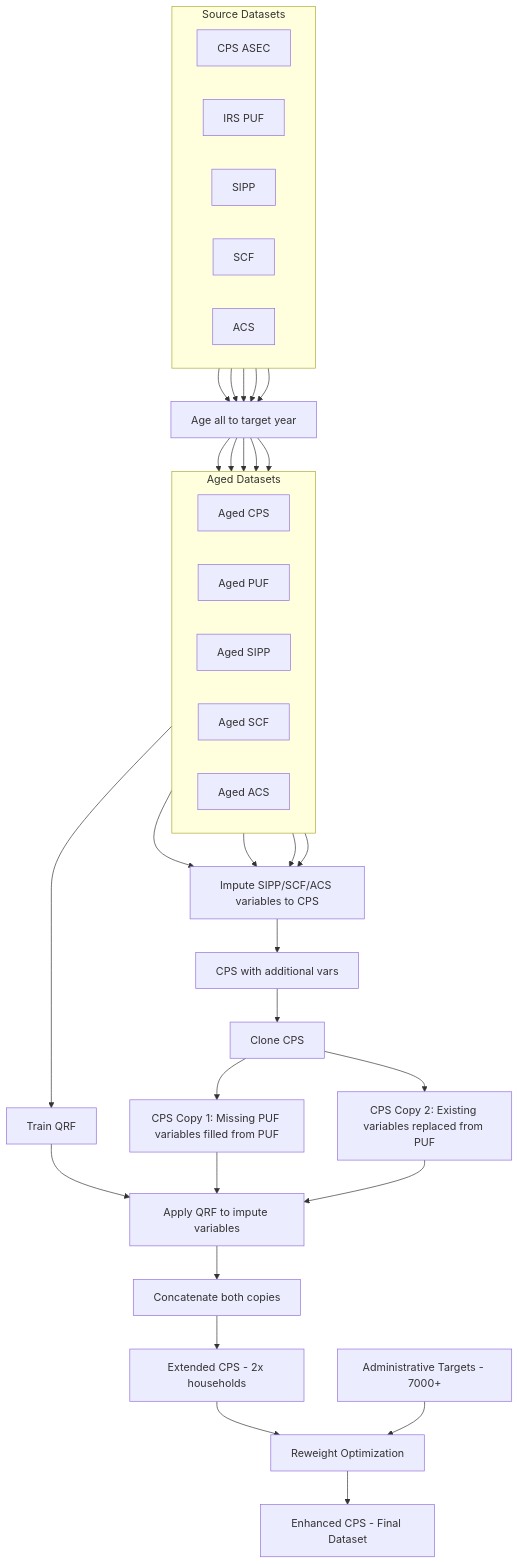
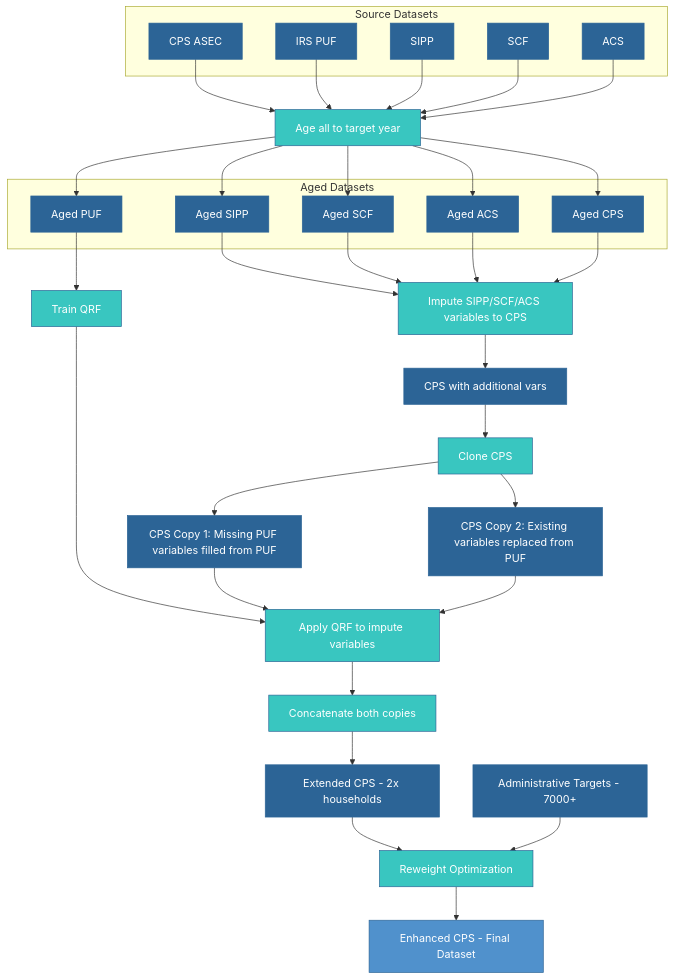
One commit to PolicyEngine/policyengine-us-data changed the diagram in docs/methodology.md. Above: the diagram before and after it, drawn with Mermaid. The commit also changed 1 other file, not shown here.

Commit message:
Add PolicyEngine branding with colors and Roboto font to documentation
- Import Roboto font for body text and Roboto Mono for code
- Define PolicyEngine color palette as CSS variables
- Apply PolicyEngine colors to Mermaid diagram nodes:
  - Data nodes: Dark blue (#2C6496)
  - Process nodes: Teal (#39C6C0)
  - Output node: Light blue (#5091CC)
- Style subgraphs with light gray background
- Ensure all text is readable with appropriate contrast

````diff
--- a/docs/methodology.md
+++ b/docs/methodology.md
@@ -5,78 +5,80 @@
 ```mermaid
-flowchart TD
+graph TD
     subgraph src["Source Datasets"]
-        direction LR
-        CPS["CPS ASEC"]
-        PUF["IRS PUF"]
-        SIPP["SIPP"]
-        SCF["SCF"]
-        ACS["ACS"]
+        CPS["CPS ASEC"]:::data
+        PUF["IRS PUF"]:::data
+        SIPP["SIPP"]:::data
+        SCF["SCF"]:::data
+        ACS["ACS"]:::data
     end
     
-    Age["Age all to target year"]
+    Age["Age all to target year"]:::process
     
     subgraph aged["Aged Datasets"]
-        direction LR
-        AgedCPS["Aged CPS"]
-        AgedPUF["Aged PUF"]
-        AgedSIPP["Aged SIPP"]
-        AgedSCF["Aged SCF"]
-        AgedACS["Aged ACS"]
+        AgedCPS["Aged CPS"]:::data
+        AgedPUF["Aged PUF"]:::data
+        AgedSIPP["Aged SIPP"]:::data
+        AgedSCF["Aged SCF"]:::data
+        AgedACS["Aged ACS"]:::data
     end
     
-    ImpOther["Impute SIPP/SCF/ACS variables to CPS"]
-    UpdatedCPS["CPS with additional vars"]
+    ImpOther["Impute SIPP/SCF/ACS variables to CPS"]:::process
+    UpdatedCPS["CPS with additional vars"]:::data
     
-    Clone["Clone CPS"]
-    QRF["Train QRF"]
+    Clone["Clone CPS"]:::process
+    QRF["Train QRF"]:::process
     
-    Copy1["CPS Copy 1: Missing PUF variables filled from PUF"]
-    Copy2["CPS Copy 2: Existing variables replaced from PUF"]
+    Copy1["CPS Copy 1: Missing PUF variables filled from PUF"]:::data
+    Copy2["CPS Copy 2: Existing variables replaced from PUF"]:::data
     
-    Impute["Apply QRF to impute variables"]
+    Impute["Apply QRF to impute variables"]:::process
     
-    Concat["Concatenate both copies"]
+    Concat["Concatenate both copies"]:::process
     
-    Extended["Extended CPS - 2x households"]
+    Extended["Extended CPS - 2x households"]:::data
     
-    Targets["Administrative Targets - 7000+"]
+    Targets["Administrative Targets - 7000+"]:::data
     
-    Reweight["Reweight Optimization"]
+    Reweight["Reweight Optimization"]:::process
     
-    Enhanced["Enhanced CPS - Final Dataset"]
+    Enhanced["Enhanced CPS - Final Dataset"]:::output
     
     CPS --> Age
     PUF --> Age
     SIPP --> Age
     SCF --> Age
     ACS --> Age
     
     Age --> AgedCPS
     Age --> AgedPUF
     Age --> AgedSIPP
     Age --> AgedSCF
     Age --> AgedACS
     
     AgedSIPP --> ImpOther
     AgedSCF --> ImpOther
     AgedACS --> ImpOther
     AgedCPS --> ImpOther
     AgedPUF --> QRF
     
     ImpOther --> UpdatedCPS
     UpdatedCPS --> Clone
     
     Clone --> Copy1
     Clone --> Copy2
     
     QRF --> Impute
     Copy1 --> Impute
     Copy2 --> Impute
     
     Impute --> Concat
     Concat --> Extended
     
     Extended --> Reweight
     Targets --> Reweight
     Reweight --> Enhanced
+    
+    classDef data fill:#2C6496,stroke:#2C6496,color:#FFFFFF
+    classDef process fill:#39C6C0,stroke:#2C6496,color:#FFFFFF
+    classDef output fill:#5091CC,stroke:#2C6496,color:#FFFFFF
 ```
````
